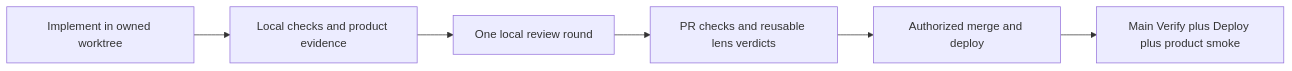
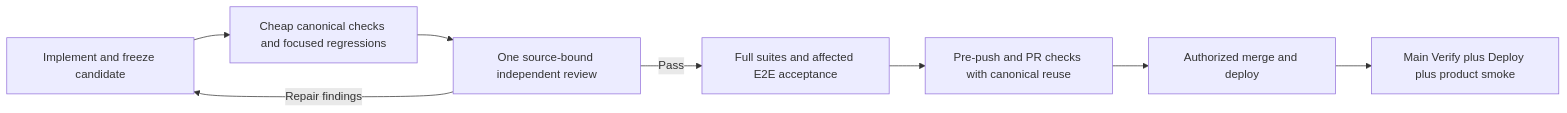
The diagram in docs/engineering/devops/shipping.md (dgmolla/fitsy), drawn with Mermaid before and after one commit. The commit also changed other lines of this file and 42 other files, not shown here.

First line of the commit message:
Run cheap checks and independent review before full acceptance (#461)

````diff
--- a/docs/engineering/devops/shipping.md
+++ b/docs/engineering/devops/shipping.md
@@ -7,8 +7,10 @@
 ```mermaid
 flowchart LR
-    A[Implement in owned worktree] --> B[Local checks and product evidence]
-    B --> C[One local review round]
-    C --> D[PR checks and reusable lens verdicts]
+    A[Implement and freeze candidate] --> B[Cheap canonical checks and focused regressions]
+    B --> C[One source-bound independent review]
+    C -->|Repair findings| A
+    C -->|Pass| T[Full suites and affected E2E acceptance]
+    T --> D[Pre-push and PR checks with canonical reuse]
     D --> E[Authorized merge and deploy]
     E --> F[Main Verify plus Deploy plus product smoke]
 ```
````
